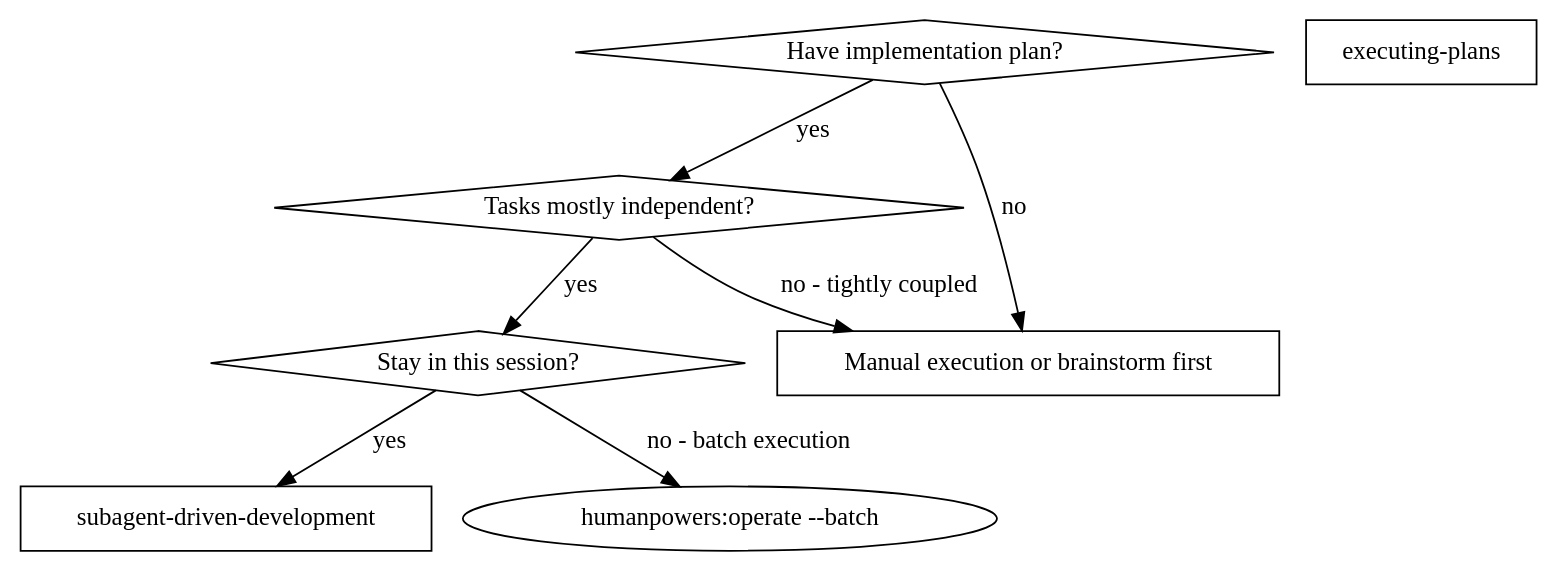
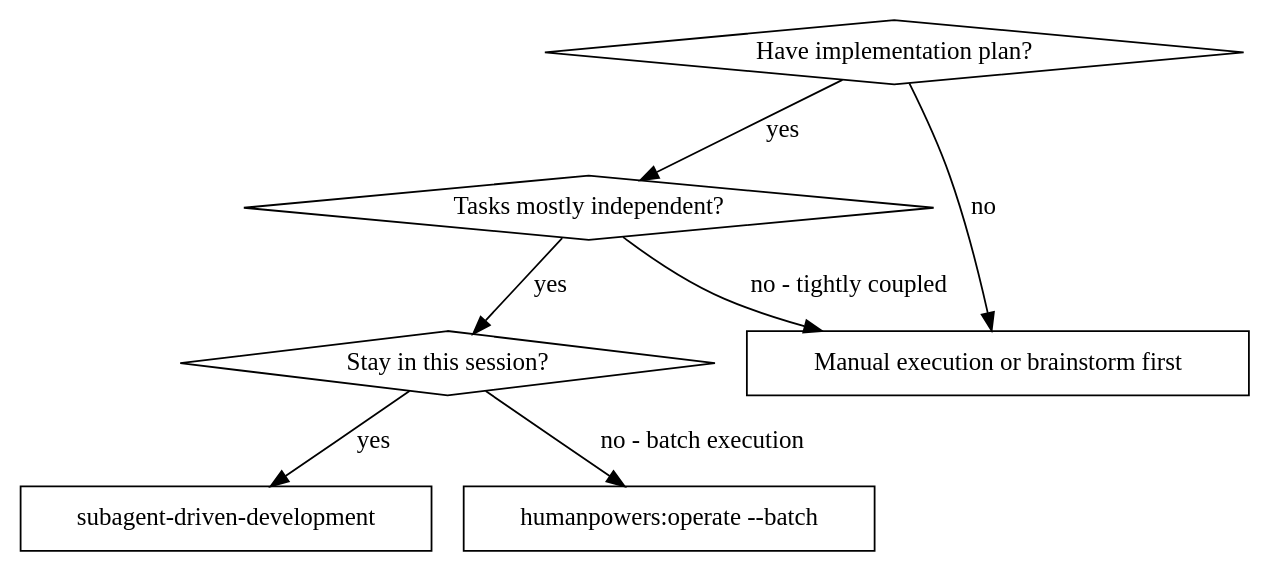
One commit to yoonjong12/humanpowers changed the first of 2 diagrams in skills/subagent-driven-development/SKILL.md. Above: the diagram before and after it, drawn with Graphviz. The commit also changed other lines of this file and 10 other files, not shown here.

Commit message:
skills: drop expected-outputs/build-plan/executing-plans/persona refs (v0.3 alignment)

````diff
--- a/skills/subagent-driven-development/SKILL.md
+++ b/skills/subagent-driven-development/SKILL.md
@@ -16,17 +16,17 @@
 ```dot
 digraph when_to_use {
     "Have implementation plan?" [shape=diamond];
     "Tasks mostly independent?" [shape=diamond];
     "Stay in this session?" [shape=diamond];
     "subagent-driven-development" [shape=box];
-    "executing-plans" [shape=box];
+    "humanpowers:operate --batch" [shape=box];
     "Manual execution or brainstorm first" [shape=box];
 
     "Have implementation plan?" -> "Tasks mostly independent?" [label="yes"];
     "Have implementation plan?" -> "Manual execution or brainstorm first" [label="no"];
     "Tasks mostly independent?" -> "Stay in this session?" [label="yes"];
     "Tasks mostly independent?" -> "Manual execution or brainstorm first" [label="no - tightly coupled"];
     "Stay in this session?" -> "subagent-driven-development" [label="yes"];
     "Stay in this session?" -> "humanpowers:operate --batch" [label="no - batch execution"];
 }
 ```
````
